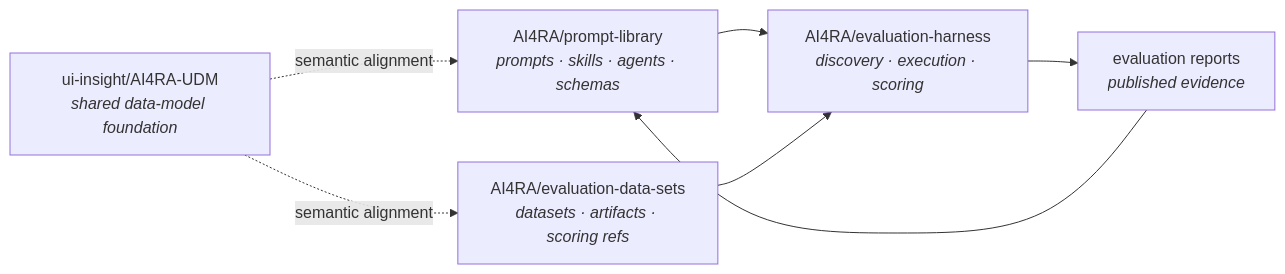
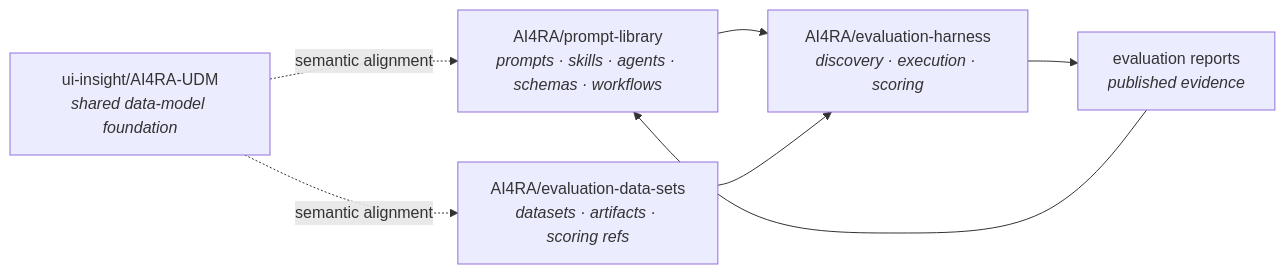
The diagram in docs/ecosystem.md (AI4RA/prompt-library), drawn with Mermaid before and after one commit. The commit also changed other lines of this file and 2 other files, not shown here.

Commit message:
Align project docs with workflow manifestation
Catches up README.md, docs/ecosystem.md, and triad.workspace.yaml to
name workflows as a first-class manifestation type. Previously only
CLAUDE.md and docs/contracts.md had been updated.

README.md now:
- Lists workflow directories in "What lives here"
- Adds workflow entries (6 and 7) to "Contract surfaces"
- Adds a new "Adding or updating a workflow" section
- Includes scripts/build_vandalizer_workflows.py in "Local validation"
- Notes workflow checks in the CI section

docs/ecosystem.md mentions workflows in the prompt-library role card
and the mermaid diagram. triad.workspace.yaml lists workflows under
the prompt-library repo's owns: block.

````diff
--- a/docs/ecosystem.md
+++ b/docs/ecosystem.md
@@ -7,15 +7,15 @@
 ```mermaid
 flowchart LR
-    PL["AI4RA/prompt-library<br/><i>prompts · skills · agents · schemas</i>"]
+    PL["AI4RA/prompt-library<br/><i>prompts · skills · agents · schemas · workflows</i>"]
     DS["AI4RA/evaluation-data-sets<br/><i>datasets · artifacts · scoring refs</i>"]
     HARNESS["AI4RA/evaluation-harness<br/><i>discovery · execution · scoring</i>"]
     UDM["ui-insight/AI4RA-UDM<br/><i>shared data-model foundation</i>"]
     REPORTS["evaluation reports<br/><i>published evidence</i>"]
 
     PL --> HARNESS
     DS --> HARNESS
     UDM -. semantic alignment .-> PL
     UDM -. semantic alignment .-> DS
     HARNESS --> REPORTS
     REPORTS --> PL
 ```
````
